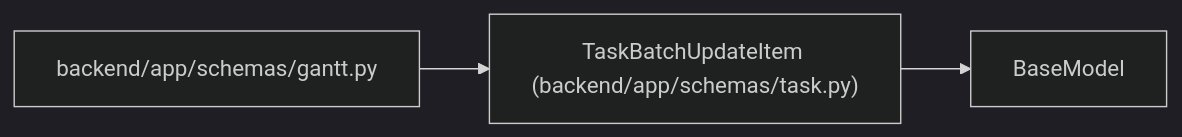
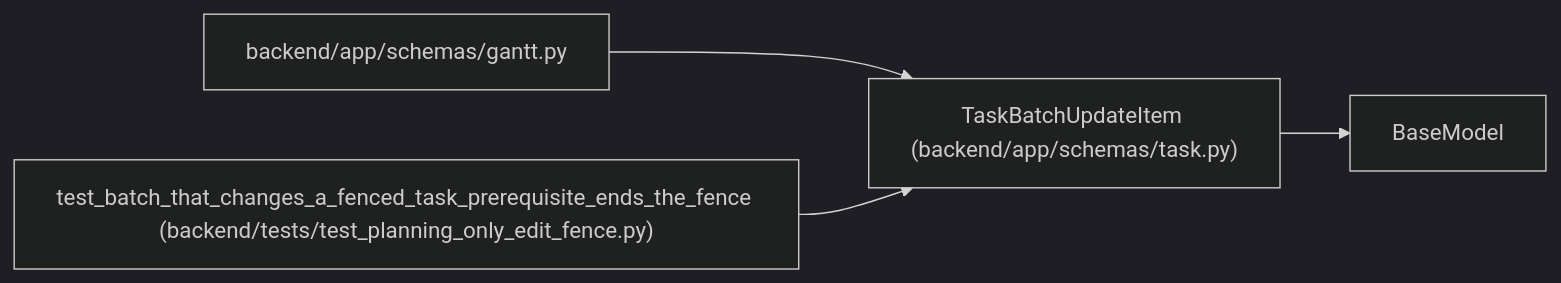
The diagram in docs/llm_wiki/entities/schemas_task_TaskBatchUpdateItem.md (Denissvgn/WorkChord), drawn with Mermaid (dark theme) before and after one commit. The commit also changed other lines of this file and 714 other files, not shown here.

Commit message:
Sync the architectural wiki for keeping work valid across planning-only edits

````diff
--- a/docs/llm_wiki/entities/schemas_task_TaskBatchUpdateItem.md
+++ b/docs/llm_wiki/entities/schemas_task_TaskBatchUpdateItem.md
@@ -28,10 +28,13 @@
 ```mermaid
 flowchart LR
     n0["TaskBatchUpdateItem (backend/app/schemas/task.py)"]
     n1["BaseModel"]
     n2["backend/app/schemas/gantt.py"]
+    n3["test_batch_that_changes_a_fenced_task_prerequisite_ends_the_fence (backend/tests/test_planning_only_edit_fence.py)"]
     n0 --> n1
     n2 --> n0
+    n3 --> n0
     click n0 "../modules/schemas_task.md"
     click n2 "../modules/schemas_gantt.md"
+    click n3 "../modules/test_planning_only_edit_fence.md"
 ```
````
